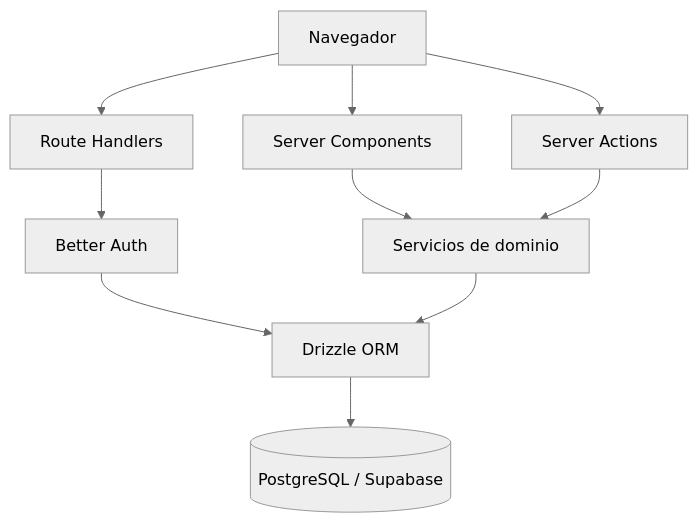
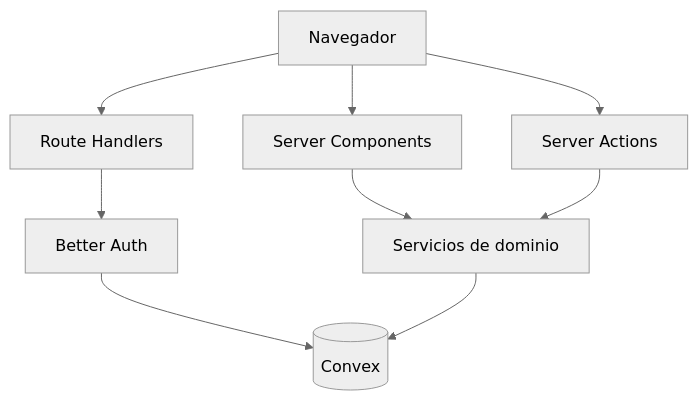
Before and after one commit to Johan409IA/planify: the diagram in docs/architecture.md, drawn with Mermaid (neutral theme). The commit also changed other lines of this file and 137 other files, not shown here.

````diff
--- a/docs/architecture.md
+++ b/docs/architecture.md
@@ -23,21 +23,19 @@
 ```mermaid
 flowchart TD
   Browser[Navegador]
   RSC[Server Components]
   SA[Server Actions]
   RH[Route Handlers]
   Svc[Servicios de dominio]
-  Drizzle[Drizzle ORM]
-  PG[(PostgreSQL / Supabase)]
+  CB[(Convex)]
   BA[Better Auth]
 
   Browser --> RSC
   Browser --> SA
   Browser --> RH
   RSC --> Svc
   SA --> Svc
   RH --> BA
-  BA --> Drizzle
-  Svc --> Drizzle
-  Drizzle --> PG
+  BA --> CB
+  Svc --> CB
 ```
````
